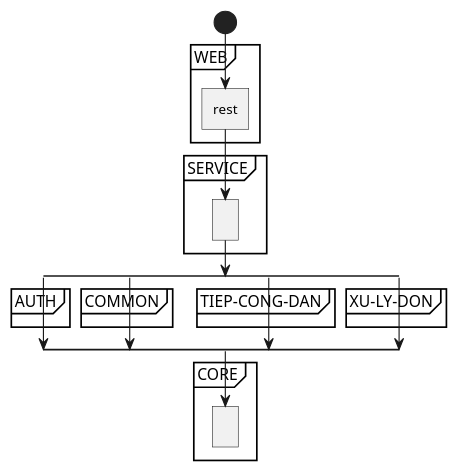
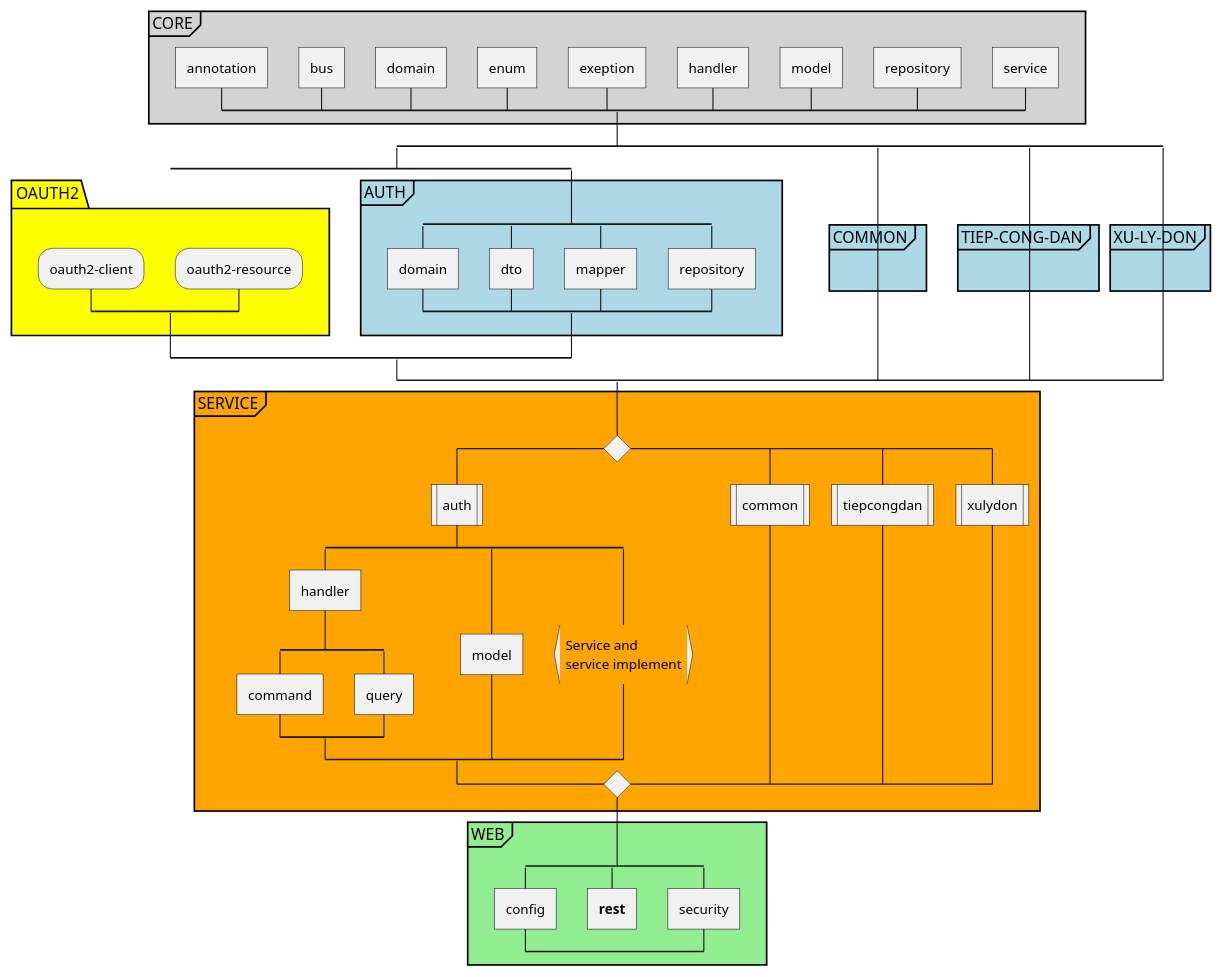
The diagram in docs/Overall.puml (nguyentinh98720/ggTttpProjectStructureDocumentation), drawn with PlantUML before and after one commit. The commit also changed 1 other file, not shown here.

Commit message:
auth feat creating

```diff
--- a/docs/Overall.puml
+++ b/docs/Overall.puml
@@ -1,29 +1,104 @@
 @startuml
-start
-
-partition "WEB" {
-	:rest]
+skinparam ArrowHeadColor none
+partition #lightgrey "CORE" {
+	split
+		-[hidden]->
+		:annotation]
+	split again
+		-[hidden]->
+		:bus]
+	split again
+		-[hidden]->
+		:domain]
+	split again
+		-[hidden]->
+		:enum]
+	split again
+		-[hidden]->
+		:exeption]
+	split again
+		-[hidden]->
+		:handler]
+	split again
+		-[hidden]->
+		:model]
+	split again
+		-[hidden]->
+		:repository]
+	split again
+		-[hidden]->
+		:service]
+	endsplit
 }
-
-partition "SERVICE" {
-	:]
-}
-
 split
-	partition "AUTH" {
+	split
+		-[hidden]->
+		package #yellow "OAUTH2" {
+			split
+				-[hidden]->
+				:oauth2-client;
+			split again
+				-[hidden]->
+				:oauth2-resource;
+			endsplit
+		}
+	split again
+		partition #lightblue "AUTH" {
+			split
+				:domain]
+			split again
+				:dto]
+			split again
+				:mapper]
+			split again
+				:repository]
+			endsplit
+		}
+	endsplit
+split again
+	partition #lightblue "COMMON" {
 	}
 split again
-	partition "COMMON" {
+	partition #lightblue "TIEP-CONG-DAN" {
 	}
 split again
-	partition "TIEP-CONG-DAN" {
-	}
-split again
-	partition "XU-LY-DON" {
+	partition #lightblue "XU-LY-DON" {
 	}
 endsplit
-partition "CORE" {
-	:]
+partition #orange "SERVICE" {
+	switch ()
+	case ()
+		:auth|
+		split
+			:handler]
+			split
+				:command]
+			split again
+				:query]
+			endsplit
+		split again
+			:model]
+			'--------- có thể phần này sẽ chia ra command và query ------
+		split again
+			:Service and
+			service implement}
+		endsplit
+	case ()
+		:common|
+	case ()
+		:tiepcongdan|
+	case ()
+		:xulydon|
+	endswitch
 }
-
+partition #lightgreen "WEB" {
+	split
+		:config]
+	split again
+		:**rest**]
+		kill
+	split again
+		:security]
+	endsplit
+}
 @enduml
```
